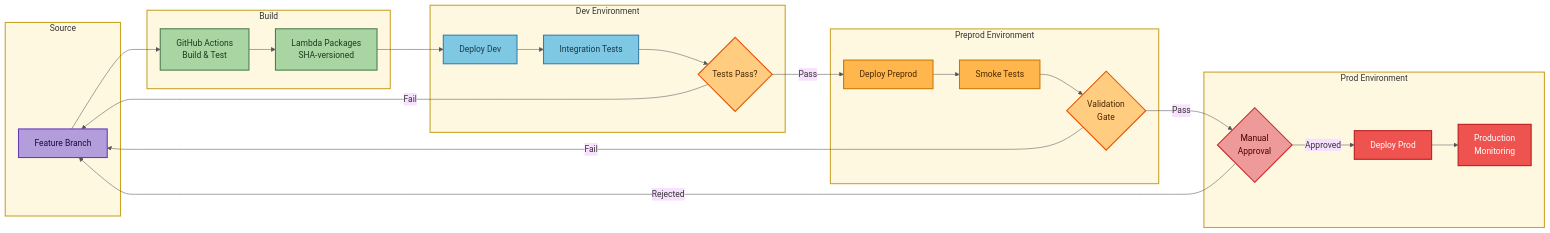
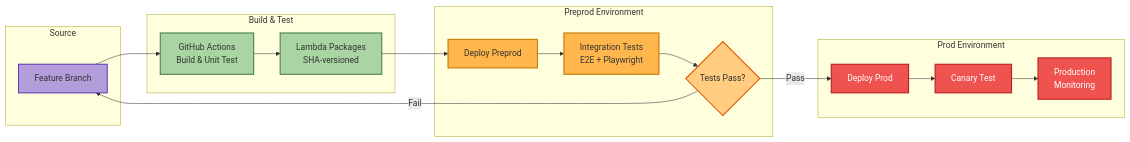
Before and after one commit to traylorre/sentiment-analyzer-gsk: the third of 4 diagrams in README.md, drawn with Mermaid. The commit also changed other lines of this file and 2 other files, not shown here.

First line of the commit message:
fix(docs): Fix README Mermaid diagrams and update to reflect actual pipeline

````diff
--- a/README.md
+++ b/README.md
@@ -297,68 +287,47 @@
 ```mermaid
-%%{init: {'theme':'base', 'themeVariables': {'primaryColor':'#fff8e1', 'primaryTextColor':'#333', 'primaryBorderColor':'#c9a227', 'lineColor':'#555'}}}%%
 graph LR
     subgraph Source["Source"]
         Code[Feature Branch]
     end
 
-    subgraph Build["Build"]
-        GHA[GitHub Actions<br/>Build & Test]
+    subgraph Build["Build & Test"]
+        GHA[GitHub Actions<br/>Build & Unit Test]
         Artifact[Lambda Packages<br/>SHA-versioned]
-    end
-
-    subgraph DevEnv["Dev Environment"]
-        DevDeploy[Deploy Dev]
-        DevTest[Integration Tests]
-        DevApprove{Tests Pass?}
     end
 
     subgraph PreprodEnv["Preprod Environment"]
         PreprodDeploy[Deploy Preprod]
-        PreprodTest[Smoke Tests]
-        PreprodApprove{Validation<br/>Gate}
+        PreprodTest[Integration Tests<br/>E2E + Playwright]
+        PreprodApprove{Tests Pass?}
     end
 
     subgraph ProdEnv["Prod Environment"]
-        ProdApprove{Manual<br/>Approval}
         ProdDeploy[Deploy Prod]
+        Canary[Canary Test]
         ProdMonitor[Production<br/>Monitoring]
     end
 
     Code --> GHA
     GHA --> Artifact
-    Artifact --> DevDeploy
-    DevDeploy --> DevTest
-    DevTest --> DevApprove
-
-    DevApprove -->|Pass| PreprodDeploy
-    DevApprove -->|Fail| Code
-
+    Artifact --> PreprodDeploy
     PreprodDeploy --> PreprodTest
     PreprodTest --> PreprodApprove
 
-    PreprodApprove -->|Pass| ProdApprove
+    PreprodApprove -->|Pass| ProdDeploy
     PreprodApprove -->|Fail| Code
 
-    ProdApprove -->|Approved| ProdDeploy
-    ProdApprove -->|Rejected| Code
+    ProdDeploy --> Canary
+    Canary --> ProdMonitor
 
-    ProdDeploy --> ProdMonitor
+    classDef sourceNode fill:#b39ddb,stroke:#673ab7,stroke-width:2px
+    classDef buildNode fill:#a8d5a2,stroke:#4a7c4e,stroke-width:2px
+    classDef preprodNode fill:#ffb74d,stroke:#c77800,stroke-width:2px
+    classDef prodNode fill:#ef5350,stroke:#b71c1c,stroke-width:2px,color:#fff
+    classDef gateStyle fill:#ffcc80,stroke:#e65100,stroke-width:2px
 
-    classDef stageBox fill:#fff8e1,stroke:#c9a227,stroke-width:2px,color:#333
-    classDef sourceNode fill:#b39ddb,stroke:#673ab7,stroke-width:2px,color:#1a0a3e
-    classDef buildNode fill:#a8d5a2,stroke:#4a7c4e,stroke-width:2px,color:#1e3a1e
-    classDef devNode fill:#7ec8e3,stroke:#3a7ca5,stroke-width:2px,color:#1a3a4a
-    classDef preprodNode fill:#ffb74d,stroke:#c77800,stroke-width:2px,color:#4a2800
-    classDef prodNode fill:#ef5350,stroke:#b71c1c,stroke-width:2px,color:#fff
-    classDef gateStyle fill:#ffcc80,stroke:#e65100,stroke-width:2px,color:#4a2800
-    classDef criticalGate fill:#ef9a9a,stroke:#c62828,stroke-width:2px,color:#4a0000
-
-    class Source,Build,DevEnv,PreprodEnv,ProdEnv stageBox
     class Code sourceNode
     class GHA,Artifact buildNode
-    class DevDeploy,DevTest devNode
     class PreprodDeploy,PreprodTest preprodNode
-    class ProdDeploy,ProdMonitor prodNode
-    class DevApprove,PreprodApprove gateStyle
-    class ProdApprove criticalGate
+    class ProdDeploy,Canary,ProdMonitor prodNode
+    class PreprodApprove gateStyle
 ```
````
